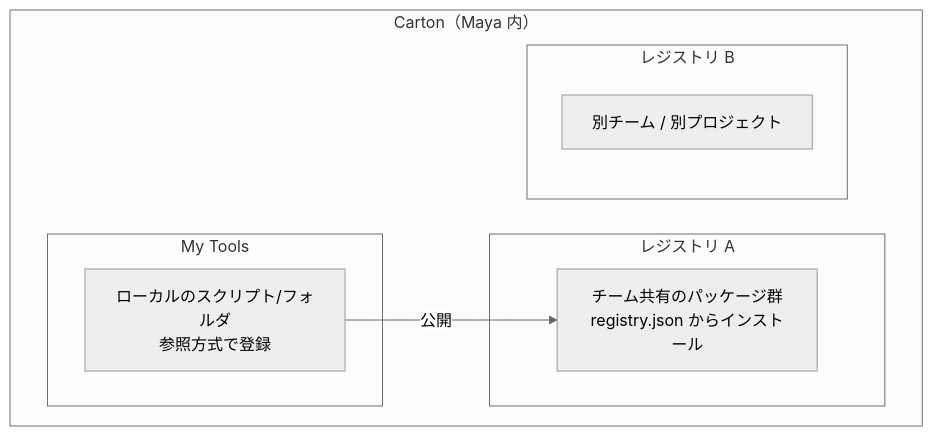
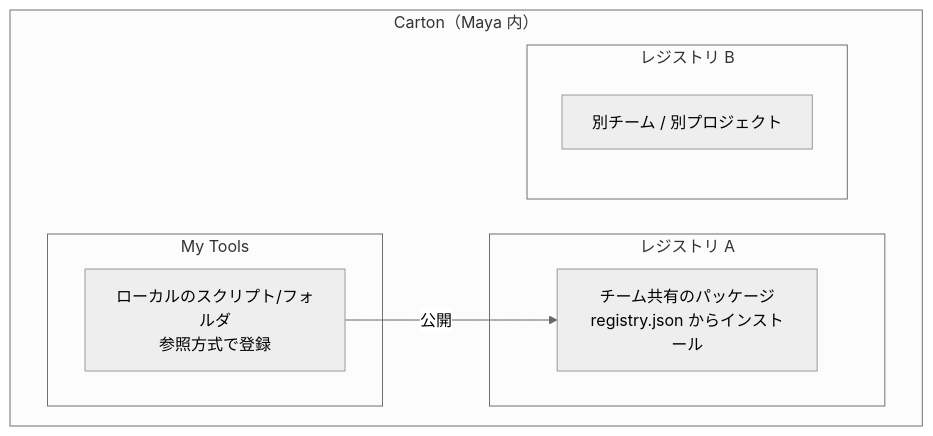
The second of 2 diagrams in README_ja.md (cignoir/carton), drawn with Mermaid (neutral theme) before and after one commit. The commit also changed other lines of this file, not shown here.

````diff
--- a/README_ja.md
+++ b/README_ja.md
@@ -33,15 +32,15 @@
 ```mermaid
 flowchart TB
     subgraph Carton["Carton（Maya 内）"]
         subgraph MT["My Tools"]
             L["ローカルのスクリプト/フォルダ\n参照方式で登録"]
         end
         subgraph RA["レジストリ A"]
-            PA["チーム共有のパッケージ群\nregistry.json からインストール"]
+            PA["チーム共有のパッケージ\nregistry.json からインストール"]
         end
         subgraph RB["レジストリ B"]
             PB["別チーム / 別プロジェクト"]
         end
         L -- 公開 --> PA
     end
 ```
````
